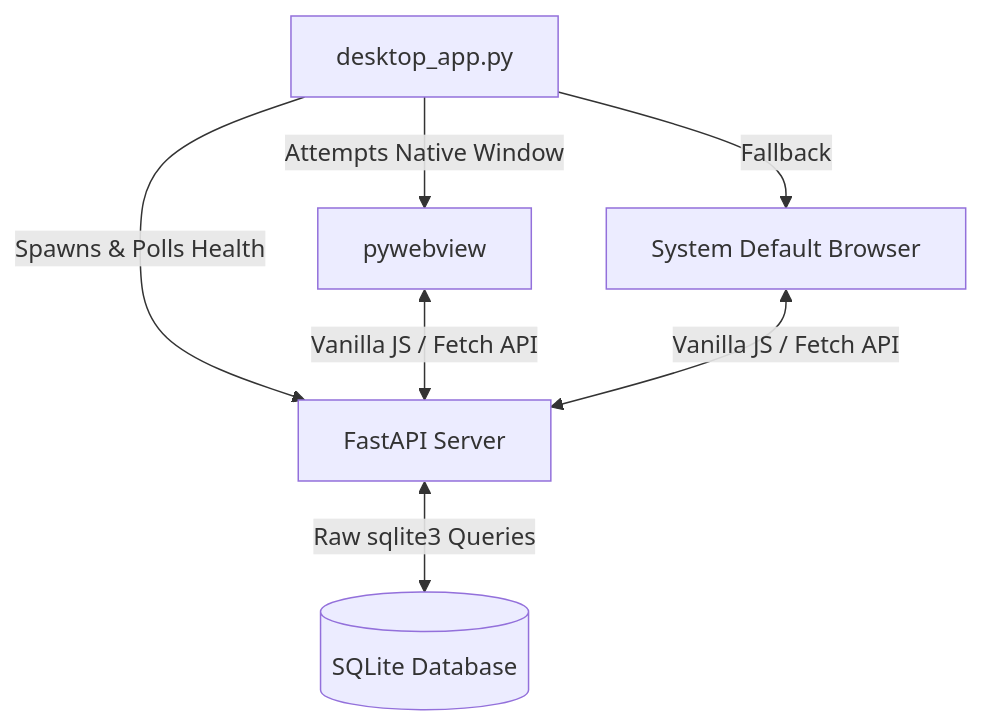
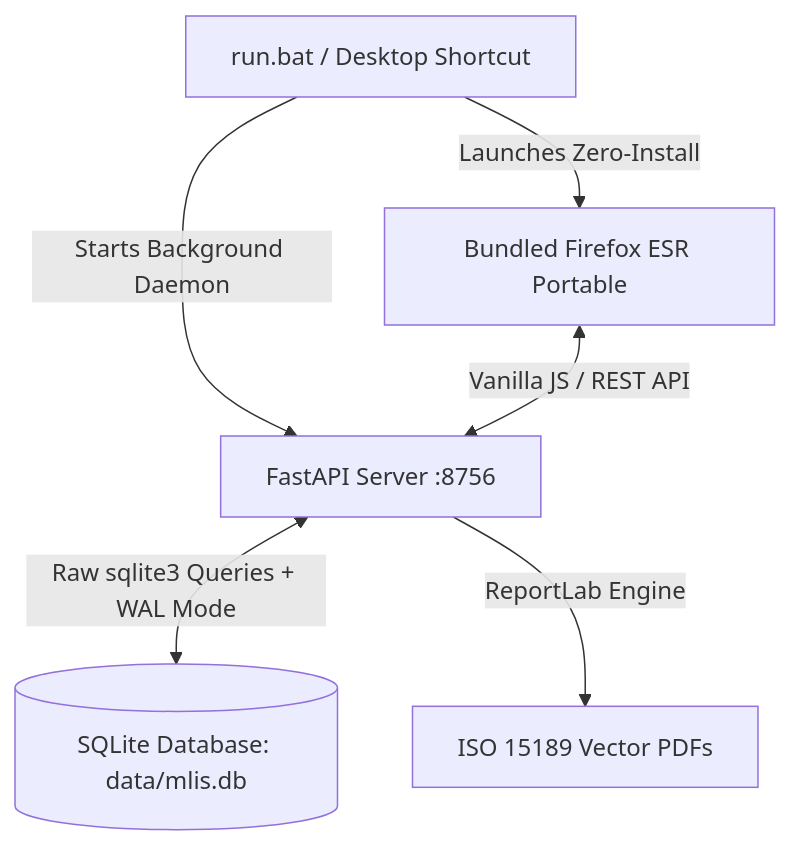
Before and after one commit to Gamusi/amh-lab-tracker: the diagram in README.md, drawn with Mermaid. The commit also changed other lines of this file and 3 other files, not shown here.

Commit message:
docs: align PRD, SRS, FSD, and README with current production architecture and 1GB RAM baseline

````diff
--- a/README.md
+++ b/README.md
@@ -61,12 +63,9 @@
 ```mermaid
 graph TD
-    Launcher[desktop_app.py] -->|Spawns & Polls Health| API[FastAPI Server]
-    Launcher -->|Attempts Native Window| WebView[pywebview]
-    Launcher -->|Fallback| Browser[System Default Browser]
+    Launcher[run.bat / Desktop Shortcut] -->|Starts Background Daemon| API[FastAPI Server :8756]
+    Launcher -->|Launches Zero-Install| Browser[Bundled Firefox ESR Portable]
     
-    WebView <-->|Vanilla JS / Fetch API| API
-    Browser <-->|Vanilla JS / Fetch API| API
-    
-    API <-->|Raw sqlite3 Queries| DB[(SQLite Database)]
-
+    Browser <-->|Vanilla JS / REST API| API
+    API <-->|Raw sqlite3 Queries + WAL Mode| DB[(SQLite Database: data/mlis.db)]
+    API -->|ReportLab Engine| PDF[ISO 15189 Vector PDFs]
 ```
````
